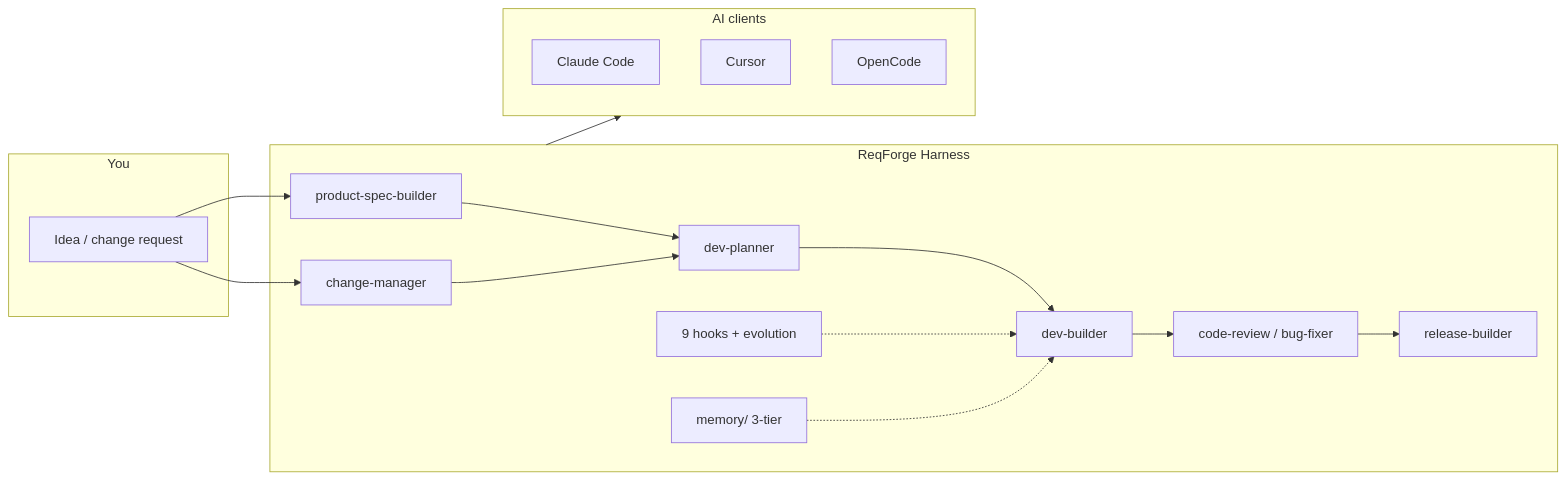
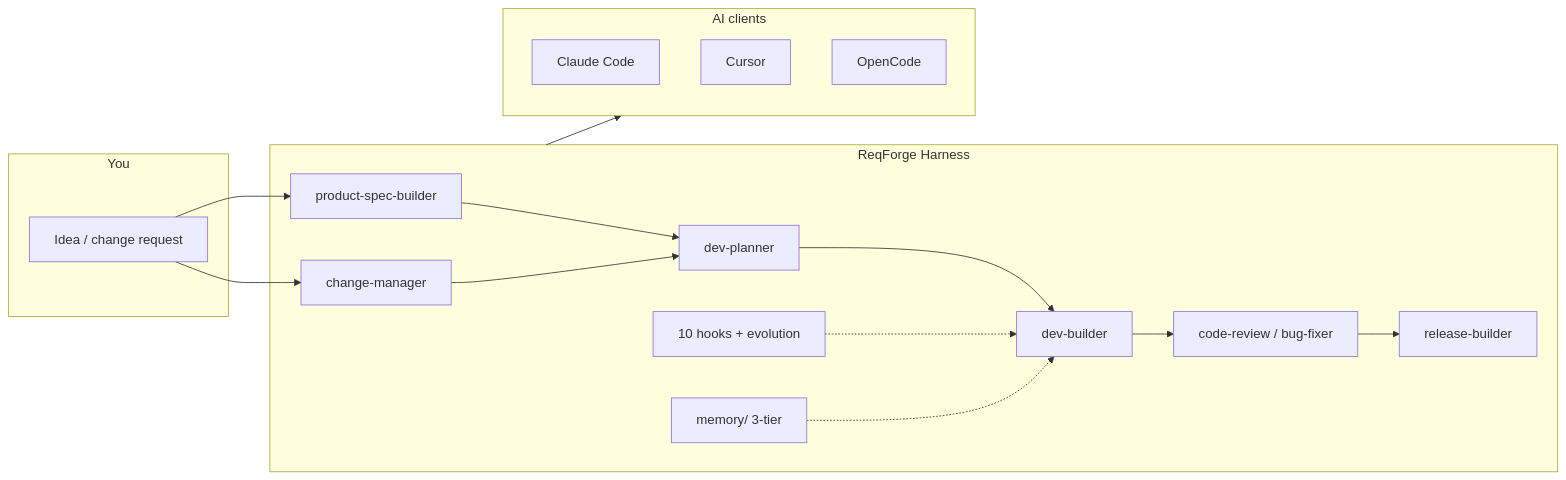
The diagram in README.md (zxpmail/ReqForge), drawn with Mermaid before and after one commit. The commit also changed other lines of this file and 47 other files, not shown here.

````diff
--- a/README.md
+++ b/README.md
@@ -17,34 +17,34 @@
 ```mermaid
 flowchart LR
   subgraph inputs [You]
     Idea[Idea / change request]
   end
 
   subgraph forge [ReqForge Harness]
     Spec[product-spec-builder]
     Chg[change-manager]
     Plan[dev-planner]
     Build[dev-builder]
     Rev[code-review / bug-fixer]
     Rel[release-builder]
-    Hooks[9 hooks + evolution]
+    Hooks[10 hooks + evolution]
     Mem[memory/ 3-tier]
   end
 
   subgraph clients [AI clients]
     CC[Claude Code]
     CU[Cursor]
     OC[OpenCode]
   end
 
   Idea --> Spec
   Spec --> Plan
   Idea --> Chg
   Chg --> Plan
   Plan --> Build
   Build --> Rev
   Rev --> Rel
   Hooks -.-> Build
   Mem -.-> Build
   forge --> clients
 ```
````
